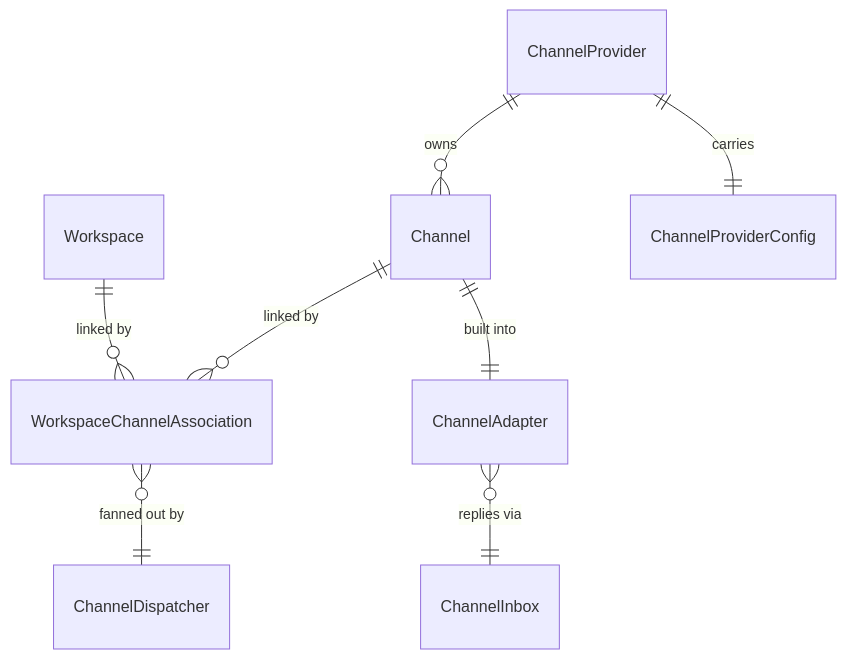
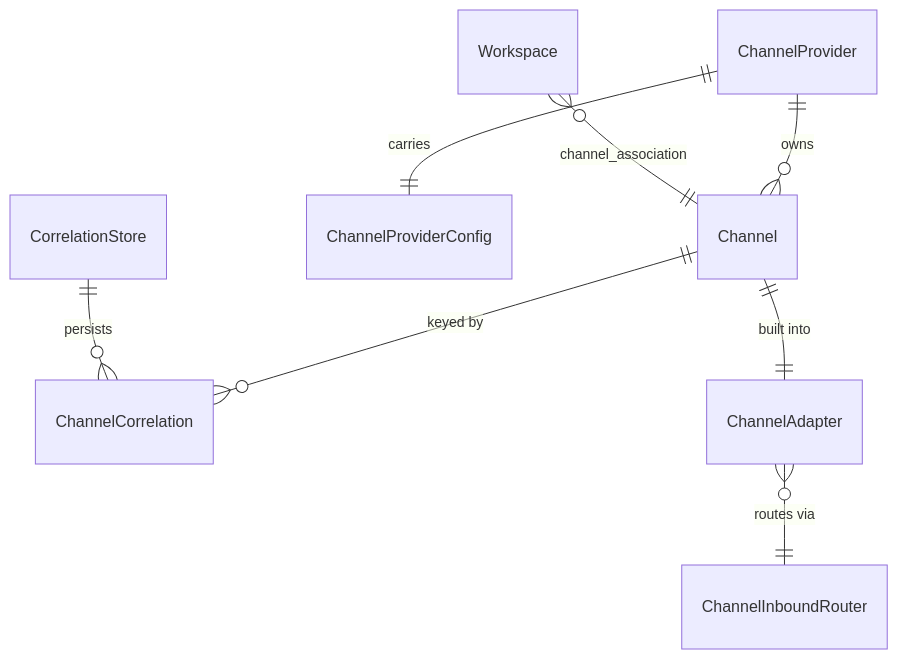
One commit to primerhq/primer changed the first of 2 diagrams in docs/dev/subsystems/channels.md. Above: the diagram before and after it, drawn with Mermaid. The commit also changed other lines of this file and 7 other files, not shown here.

Commit message:
docs: channel config + workspace association redesign; primectl + fixtures

````diff
--- a/docs/dev/subsystems/channels.md
+++ b/docs/dev/subsystems/channels.md
@@ -19,10 +25,10 @@
 ```mermaid
 erDiagram
     ChannelProvider ||--o{ Channel : "owns"
-    Channel ||--o{ WorkspaceChannelAssociation : "linked by"
-    Workspace ||--o{ WorkspaceChannelAssociation : "linked by"
+    Channel ||--o{ ChannelCorrelation : "keyed by"
+    Workspace }o--|| Channel : "channel_association"
     Channel ||--|| ChannelAdapter : "built into"
     ChannelProvider ||--|| ChannelProviderConfig : "carries"
-    WorkspaceChannelAssociation }o--|| ChannelDispatcher : "fanned out by"
-    ChannelAdapter }o--|| ChannelInbox : "replies via"
+    ChannelAdapter }o--|| ChannelInboundRouter : "routes via"
+    CorrelationStore ||--o{ ChannelCorrelation : "persists"
 ```
````
